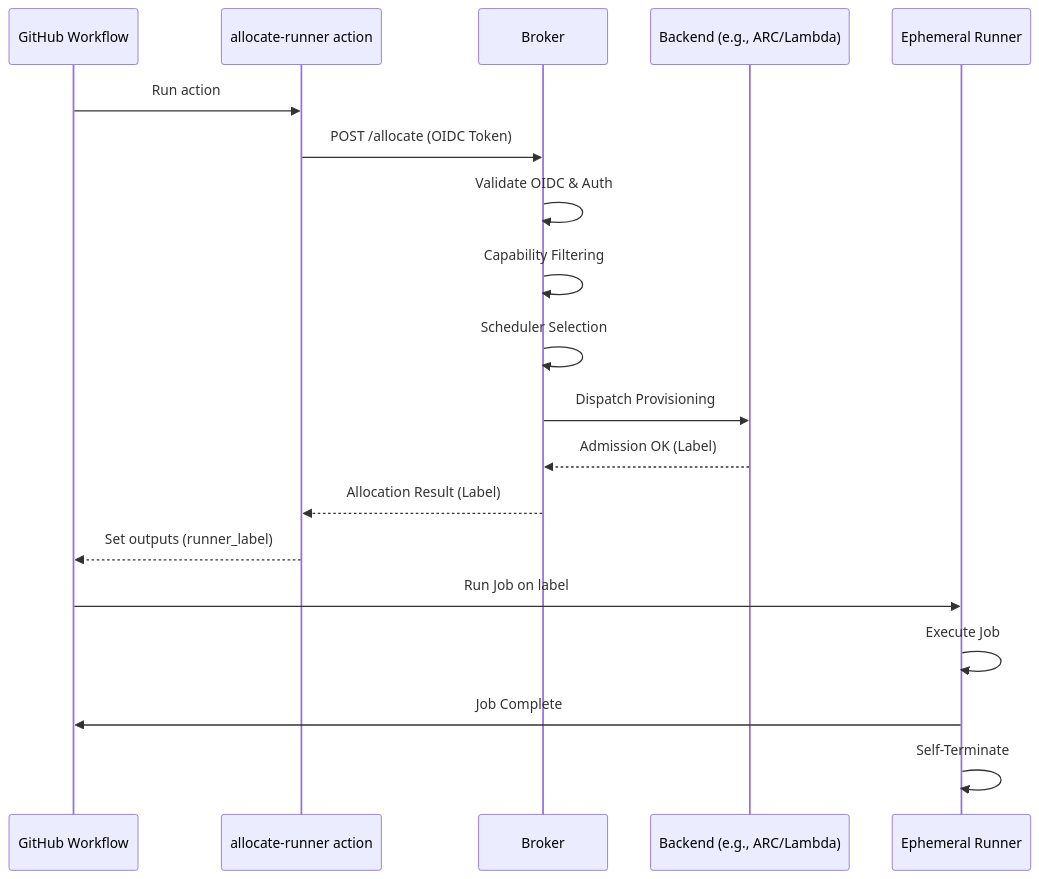
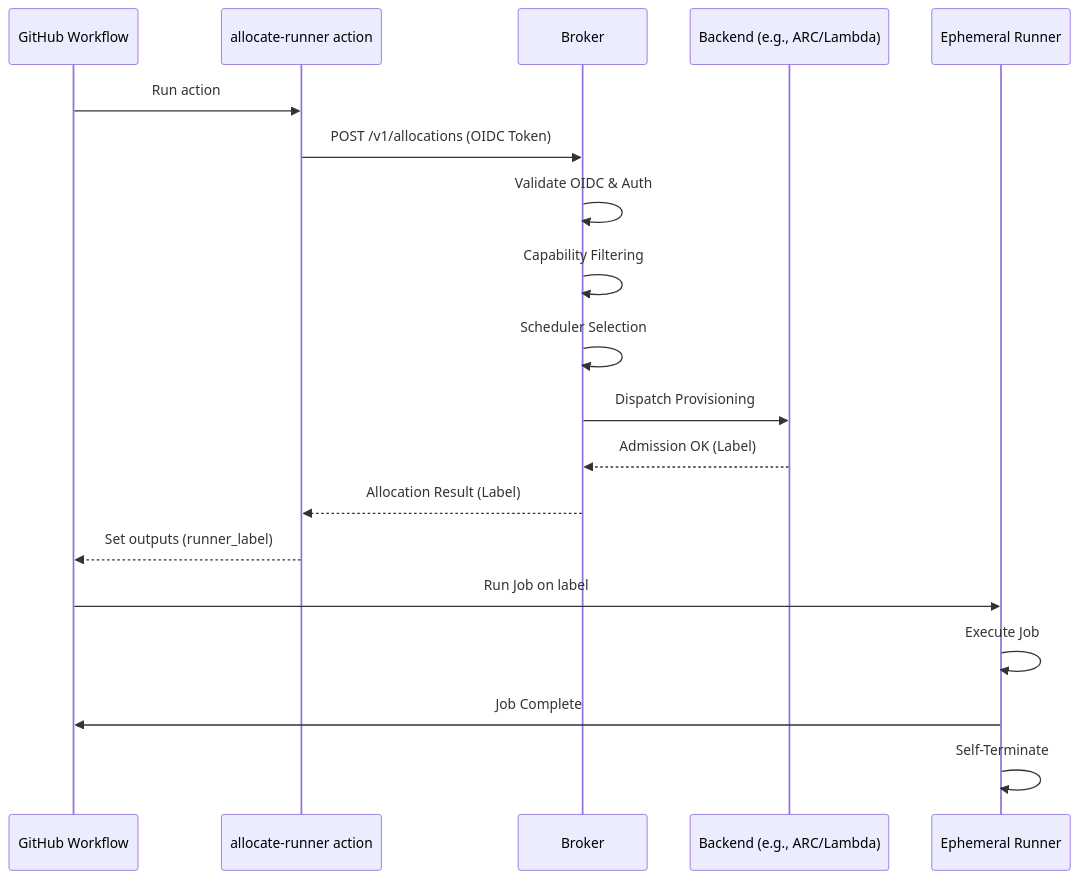
The second of 3 diagrams in README.md (Josh-Archer/unified-ephemeral-runner-broker), drawn with Mermaid before and after one commit. The commit also changed other lines of this file and 7 other files, not shown here.

````diff
--- a/README.md
+++ b/README.md
@@ -96,23 +96,23 @@
 ```mermaid
 sequenceDiagram
     participant GH as GitHub Workflow
     participant AR as allocate-runner action
     participant B as Broker
     participant BE as Backend (e.g., ARC/Lambda)
     participant R as Ephemeral Runner
 
     GH->>AR: Run action
-    AR->>B: POST /allocate (OIDC Token)
+    AR->>B: POST /v1/allocations (OIDC Token)
     B->>B: Validate OIDC & Auth
     B->>B: Capability Filtering
     B->>B: Scheduler Selection
     B->>BE: Dispatch Provisioning
     BE-->>B: Admission OK (Label)
     B-->>AR: Allocation Result (Label)
     AR-->>GH: Set outputs (runner_label)
     
     GH->>R: Run Job on label
     R->>R: Execute Job
     R->>GH: Job Complete
     R->>R: Self-Terminate
 ```
````
